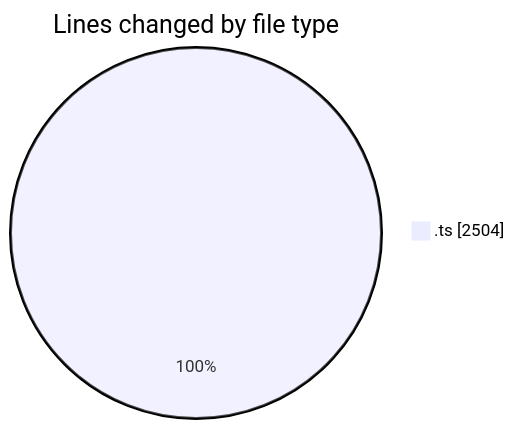
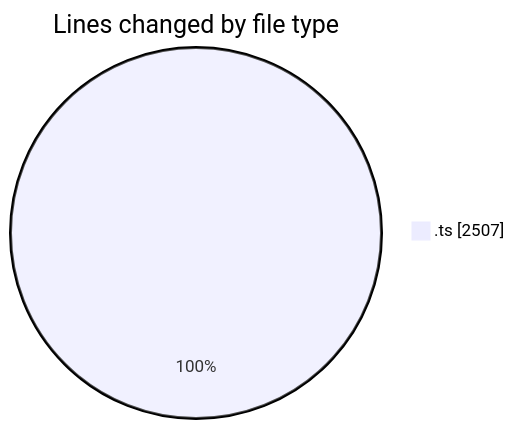
One commit to momahboobian/code-tracking changed the first of 2 diagrams in 2025-08-07/cda/README.md. Above: the diagram before and after it, drawn with Mermaid. The commit also changed other lines of this file and 1 other file, not shown here.

````diff
--- a/2025-08-07/cda/README.md
+++ b/2025-08-07/cda/README.md
@@ -23,5 +23,5 @@
 ```mermaid
 pie showData
 title Lines changed by file type
-".ts" : 2504
+".ts" : 2507
 ```
````
